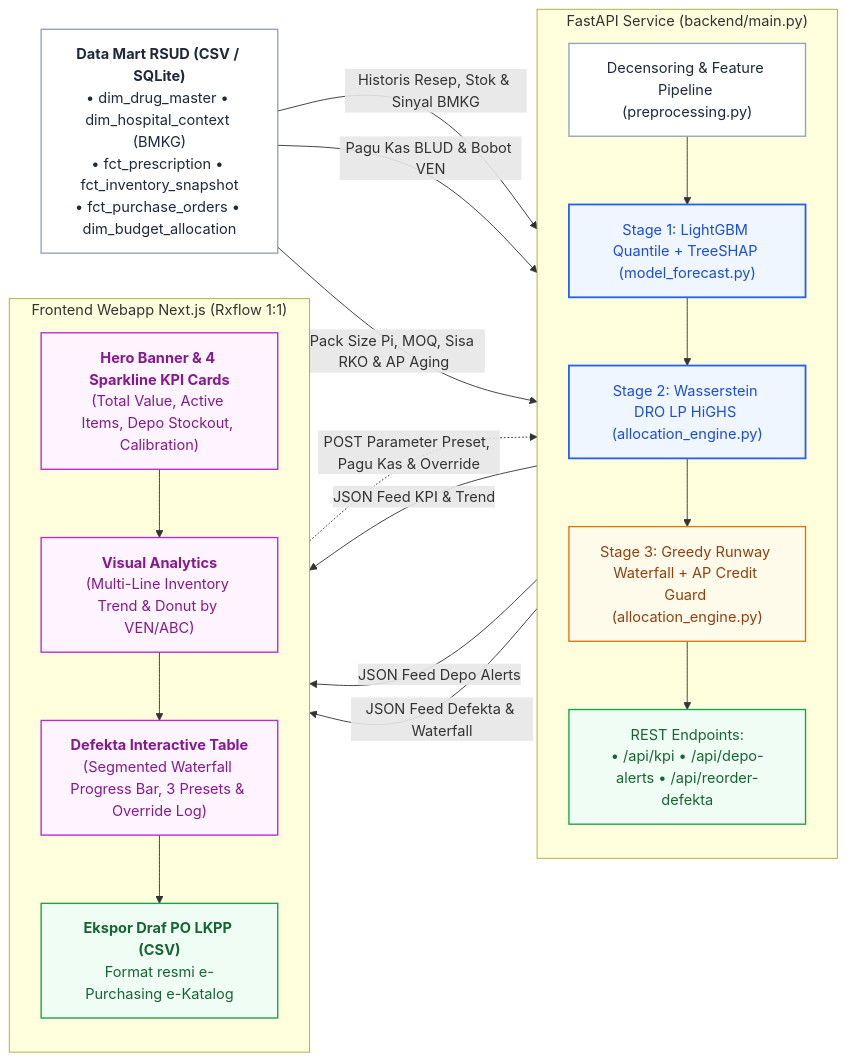
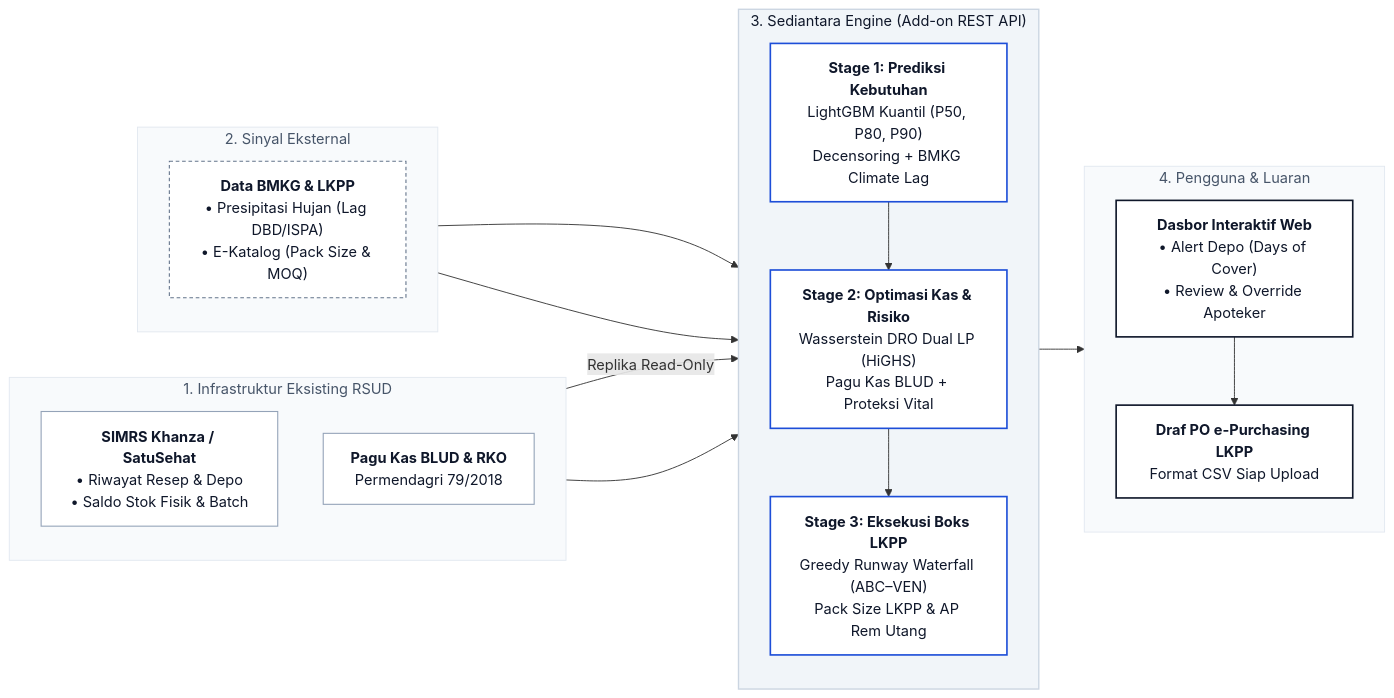
Before and after one commit to gimigkk/sediantara-research: the second of 2 diagrams in projectfarmasi.md, drawn with Mermaid. The commit also changed other lines of this file, not shown here.

Commit message:
docs: streamline architecture diagram and benchmark report

````diff
--- a/projectfarmasi.md
+++ b/projectfarmasi.md
@@ -443,44 +447,45 @@
 ```mermaid
 flowchart LR
-    classDef default fill:#ffffff,stroke:#94a3b8,stroke-width:1.5px,color:#1e293b;
-    classDef ai fill:#eff6ff,stroke:#2563eb,stroke-width:2px,color:#1d4ed8;
-    classDef warn fill:#fffbeb,stroke:#d97706,stroke-width:1.5px,color:#92400e;
-    classDef success fill:#f0fdf4,stroke:#16a34a,stroke-width:1.5px,color:#166534;
-    classDef ui fill:#fdf4ff,stroke:#c026d3,stroke-width:1.5px,color:#86198f;
+    %% Palette: Minimalist Enterprise (Neutral Slate Foundation + Cobalt Precision Accent)
+    classDef default fill:#ffffff,stroke:#cbd5e1,stroke-width:1.2px,color:#0f172a;
+    classDef inputNode fill:#ffffff,stroke:#94a3b8,stroke-width:1.2px,color:#0f172a;
+    classDef extNode fill:#ffffff,stroke:#64748b,stroke-width:1.2px,stroke-dasharray: 4 3,color:#0f172a;
+    classDef coreNode fill:#ffffff,stroke:#1d4ed8,stroke-width:1.8px,color:#0f172a;
+    classDef outputNode fill:#ffffff,stroke:#0f172a,stroke-width:1.8px,color:#0f172a;
 
-    DATA["<b>Data Mart RSUD (CSV / SQLite)</b><br/>• dim_drug_master • dim_hospital_context (BMKG)<br/>• fct_prescription • fct_inventory_snapshot<br/>• fct_purchase_orders • dim_budget_allocation"]
+    subgraph RS [" 1. Infrastruktur Eksisting RSUD "]
+        direction TB
+        SIMRS["<b>SIMRS Khanza / SatuSehat</b><br/>• Riwayat Resep &amp; Depo<br/>• Saldo Stok Fisik &amp; Batch"]:::inputNode
+        POLICY["<b>Pagu Kas BLUD &amp; RKO</b><br/>Permendagri 79/2018"]:::inputNode
+    end
+    style RS fill:#f8fafc,stroke:#e2e8f0,stroke-width:1px,color:#475569
 
-    subgraph BackendAPI ["FastAPI Service (backend/main.py)"]
+    subgraph EXT [" 2. Sinyal Eksternal "]
         direction TB
-        PIPE["Decensoring &amp; Feature Pipeline (preprocessing.py)"]
-        LGB["Stage 1: LightGBM Quantile + TreeSHAP (model_forecast.py)"]:::ai
-        LP_OPT["Stage 2: Wasserstein DRO LP HiGHS (allocation_engine.py)"]:::ai
-        ALLOC["Stage 3: Greedy Runway Waterfall + AP Credit Guard (allocation_engine.py)"]:::warn
-        API["REST Endpoints:<br/>• /api/kpi • /api/depo-alerts • /api/reorder-defekta"]:::success
-        
-        PIPE --> LGB
-        LGB --> LP_OPT
-        LP_OPT --> ALLOC
-        ALLOC --> API
+        BMKG["<b>Data BMKG &amp; LKPP</b><br/>• Presipitasi Hujan (Lag DBD/ISPA)<br/>• E-Katalog (Pack Size &amp; MOQ)"]:::extNode
     end
+    style EXT fill:#f8fafc,stroke:#e2e8f0,stroke-width:1px,color:#475569
 
-    subgraph FrontendApp ["Frontend Webapp Next.js (Rxflow 1:1)"]
+    subgraph ENGINE [" 3. Sediantara Engine (Add-on REST API) "]
         direction TB
-        UI1["<b>Hero Banner &amp; 4 Sparkline KPI Cards</b><br/>(Total Value, Active Items, Depo Stockout, Calibration)"]:::ui
-        UI2["<b>Visual Analytics</b><br/>(Multi-Line Inventory Trend &amp; Donut by VEN/ABC)"]:::ui
-        UI3["<b>Defekta Interactive Table</b><br/>(Segmented Waterfall Progress Bar, 3 Presets &amp; Override Log)"]:::ui
-        CSV["<b>Ekspor Draf PO LKPP (CSV)</b><br/>Format resmi e-Purchasing e-Katalog"]:::success
-        
-        UI1 --> UI2
-        UI2 --> UI3
-        UI3 --> CSV
+        S1["<b>Stage 1: Prediksi Kebutuhan</b><br/>LightGBM Kuantil (P50, P80, P90)<br/>Decensoring + BMKG Climate Lag"]:::coreNode
+        S2["<b>Stage 2: Optimasi Kas &amp; Risiko</b><br/>Wasserstein DRO Dual LP (HiGHS)<br/>Pagu Kas BLUD + Proteksi Vital"]:::coreNode
+        S3["<b>Stage 3: Eksekusi Boks LKPP</b><br/>Greedy Runway Waterfall (ABC–VEN)<br/>Pack Size LKPP &amp; AP Rem Utang"]:::coreNode
+        S1 --> S2 --> S3
     end
+    style ENGINE fill:#f1f5f9,stroke:#cbd5e1,stroke-width:1.5px,color:#0f172a
 
-    DATA -->|"Historis Resep, Stok & Sinyal BMKG"| PIPE
-    DATA -->|"Pagu Kas BLUD & Bobot VEN"| LP_OPT
-    DATA -->|"Pack Size Pi, MOQ, Sisa RKO & AP Aging"| ALLOC
-    API -->|"JSON Feed KPI & Trend"| UI1
-    API -->|"JSON Feed Depo Alerts"| UI2
-    API -->|"JSON Feed Defekta & Waterfall"| UI3
-    UI3 -.->|"POST Parameter Preset, Pagu Kas & Override"| API
+    subgraph OUT [" 4. Pengguna &amp; Luaran "]
+        direction TB
+        DASH["<b>Dasbor Interaktif Web</b><br/>• Alert Depo (Days of Cover)<br/>• Review &amp; Override Apoteker"]:::outputNode
+        CSV["<b>Draf PO e-Purchasing LKPP</b><br/>Format CSV Siap Upload"]:::outputNode
+        DASH --> CSV
+    end
+    style OUT fill:#f8fafc,stroke:#e2e8f0,stroke-width:1px,color:#475569
+
+    SIMRS -->|Replika Read-Only| S1
+    POLICY --> S2
+    BMKG --> S1
+    BMKG --> S3
+    S3 --> DASH
 ```
````
